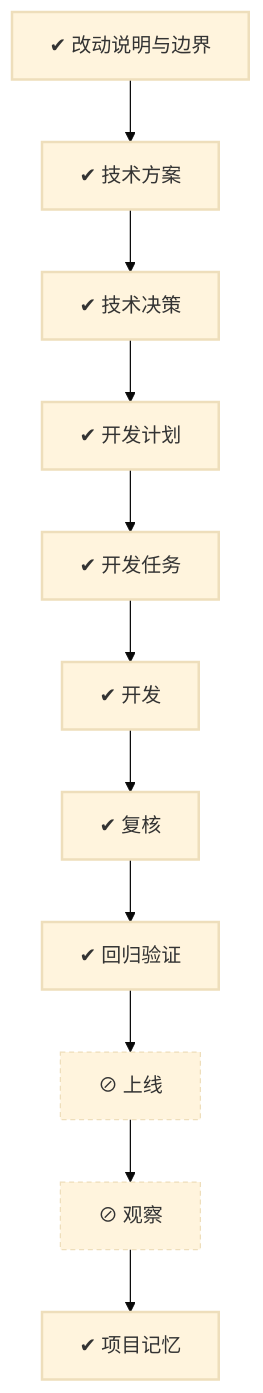
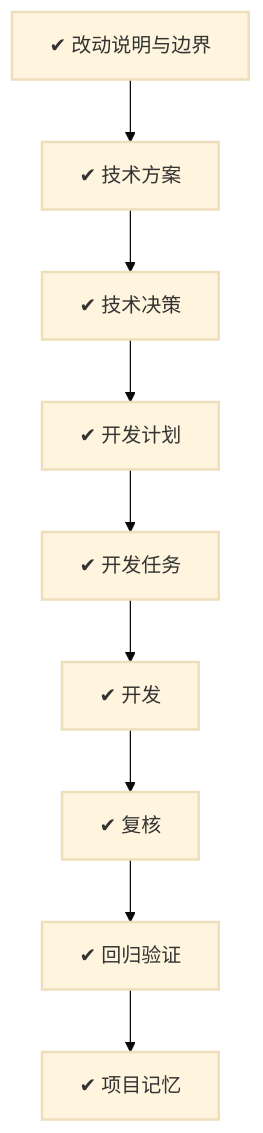
Before and after one commit to charon2121/cherry-oj: the diagram in development/works/WORK-007/00-work.md, drawn with Mermaid (base theme). The commit also changed other lines of this file and 85 other files, not shown here.

````diff
--- a/development/works/WORK-007/00-work.md
+++ b/development/works/WORK-007/00-work.md
@@ -37,21 +37,18 @@
 ```mermaid
 flowchart TD
     definition["✔ 改动说明与边界"]
     design["✔ 技术方案"]
     decision["✔ 技术决策"]
     plan["✔ 开发计划"]
     tasks["✔ 开发任务"]
     development["✔ 开发"]
     review["✔ 复核"]
     verification["✔ 回归验证"]
-    release["⊘ 上线"]
-    observe["⊘ 观察"]
     memory["✔ 项目记忆"]
-    definition --> design --> decision --> plan --> tasks --> development --> review --> verification --> release --> observe --> memory
+    definition --> design --> decision --> plan --> tasks --> development --> review --> verification --> memory
     classDef done stroke-width:2px
     classDef doing stroke-width:3px
     classDef skipped stroke-dasharray:4 3
     classDef blocked stroke-width:3px,stroke-dasharray:2 2
     class definition,design,decision,plan,tasks,development,review,verification,memory done
-    class release,observe skipped
 ```
````
